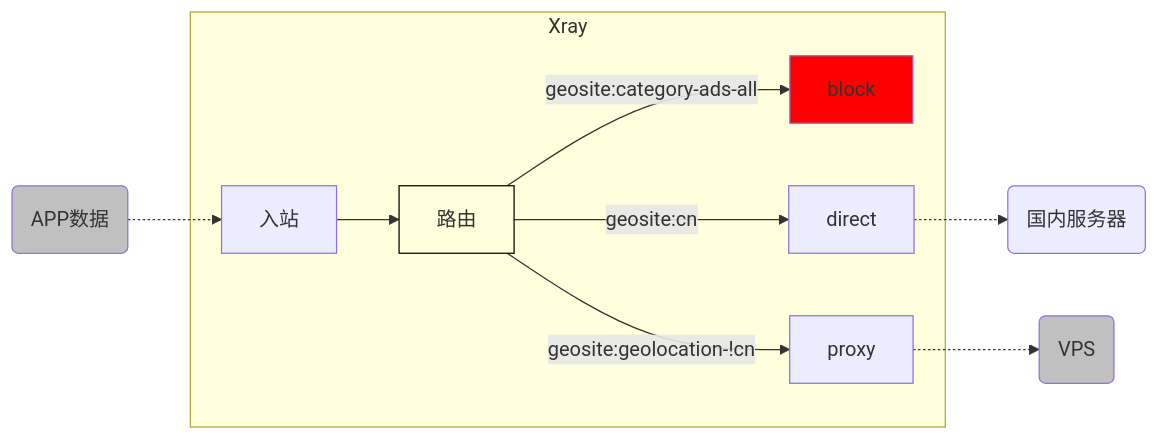
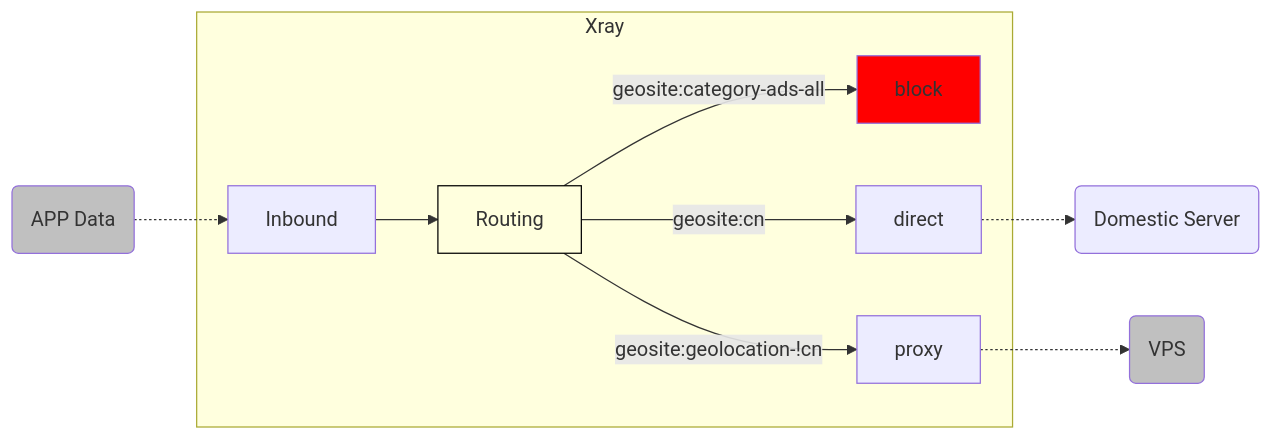
Before and after one commit to XTLS/Xray-docs-next: the second of 4 diagrams in docs/en/document/level-1/routing-lv1-part1.md, drawn with Mermaid. The commit also changed other lines of this file and 90 other files, not shown here.

````diff
--- a/docs/en/document/level-1/routing-lv1-part1.md
+++ b/docs/en/document/level-1/routing-lv1-part1.md
@@ -163,25 +163,25 @@
 ```mermaid
     graph LR;
 
-    S(APP数据) .-> I[入站]
+    S(APP Data) .-> I[Inbound]
 
     subgraph Xray
-    I --> R[路由] -- "geosite:category-ads-all" --> O1[block]
-    R[路由] -- "geosite:cn" --> O2[direct]
-    R[路由] -- "geosite:geolocation-!cn" --> O3[proxy]
+    I --> R[Routing] -- "geosite:category-ads-all" --> O1[block]
+    R[Routing] -- "geosite:cn" --> O2[direct]
+    R[Routing] -- "geosite:geolocation-!cn" --> O3[proxy]
 
     end
 
-    O2 .-> D(国内服务器)
+    O2 .-> D(Domestic Server)
     O3 .-> V(VPS)
 
     O1:::redclass
     V:::greyclass
     S:::greyclass
     R:::routingclass
 
     classDef redclass fill:#FF0000
     classDef greyclass fill:#C0C0C0
     classDef routingclass fill:#FFFFDE,stroke:#000000
 
 ```
````
